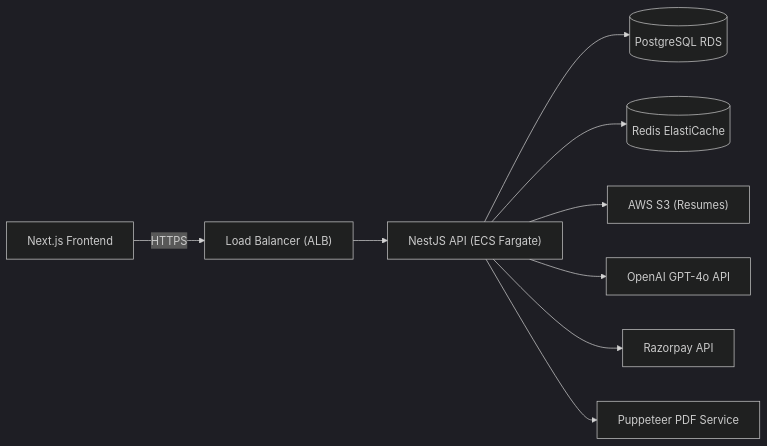
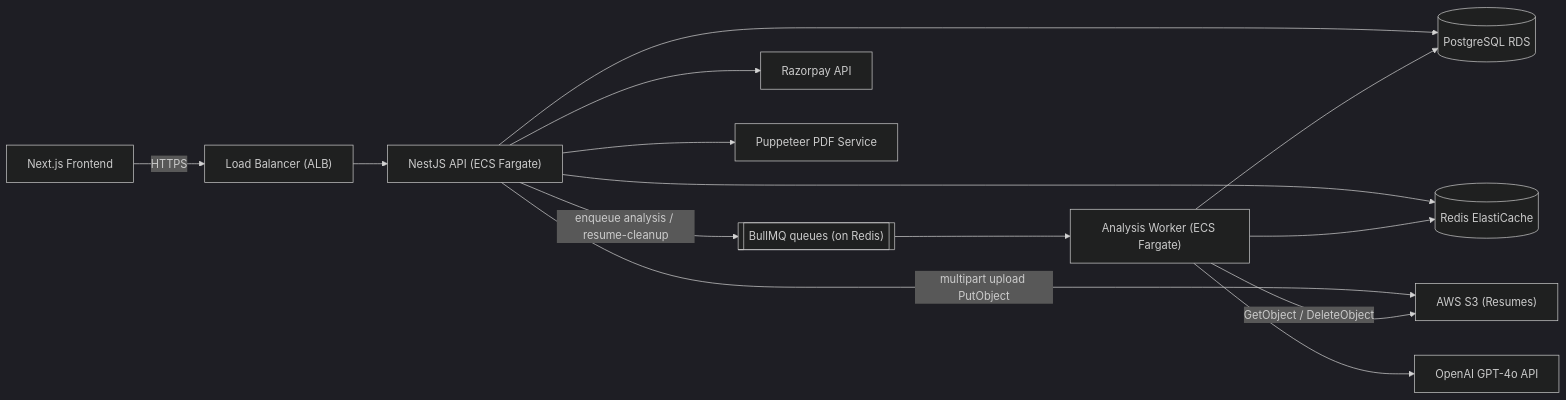
The first of 6 diagrams in sovan/spec.md (divii-school/spec-homework), drawn with Mermaid (dark theme) before and after one commit. The commit also changed other lines of this file, not shown here.

Commit message:
docs(spec): v1.2 — resolve build-test feedback: async analysis (D-01), single upload path (D-02), Pro entitlement rules (D-03)

````diff
--- a/sovan/spec.md
+++ b/sovan/spec.md
@@ -239,21 +239,28 @@
 ```mermaid
 flowchart LR
     Client["Next.js Frontend"]
     LB["Load Balancer (ALB)"]
     API["NestJS API (ECS Fargate)"]
     DB[(PostgreSQL RDS)]
     Cache[(Redis ElastiCache)]
     S3["AWS S3 (Resumes)"]
+    Queue[["BullMQ queues (on Redis)"]]
+    Worker["Analysis Worker (ECS Fargate)"]
     OpenAI["OpenAI GPT-4o API"]
     Razorpay["Razorpay API"]
     Puppeteer["Puppeteer PDF Service"]
 
     Client -->|HTTPS| LB
     LB --> API
     API --> DB
     API --> Cache
-    API --> S3
-    API --> OpenAI
+    API -->|multipart upload PutObject| S3
+    API -->|enqueue analysis / resume-cleanup| Queue
+    Queue --> Worker
+    Worker --> DB
+    Worker --> Cache
+    Worker -->|GetObject / DeleteObject| S3
+    Worker --> OpenAI
     API --> Razorpay
     API --> Puppeteer
 ```
````
